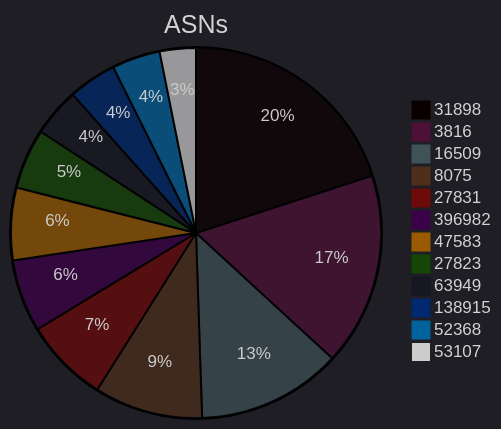
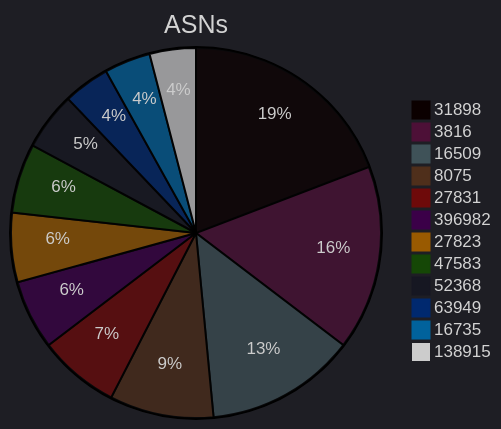
The third of 7 diagrams in zolim.md (ZoqueLabs/website), drawn with Mermaid before and after one commit. The commit also changed other lines of this file, not shown here.

````diff
--- a/zolim.md
+++ b/zolim.md
@@ -73,19 +73,19 @@
 ```mermaid
----  
-config:  
- theme: dark  
---- 
+---
+config:
+  theme: dark
+---
 pie title ASNs
   "31898" : 19
   "3816" : 16
-  "16509" : 12
+  "16509" : 13
   "8075" : 9
   "27831" : 7
   "396982" : 6
+  "27823" : 6
   "47583" : 6
-  "27823" : 5
+  "52368" : 5
   "63949" : 4
+  "16735" : 4
   "138915" : 4
-  "52368" : 4
-  "53107" : 3
 ```
````
